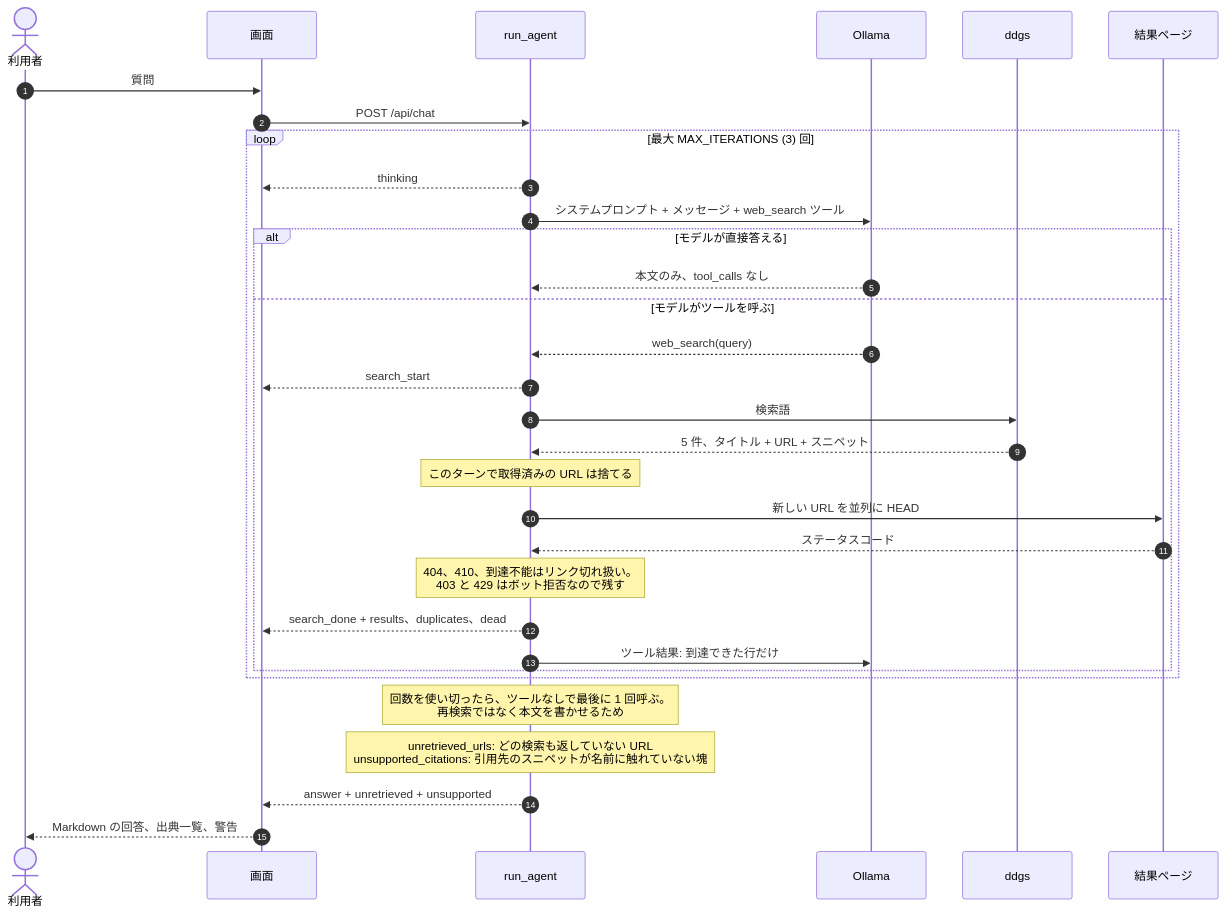
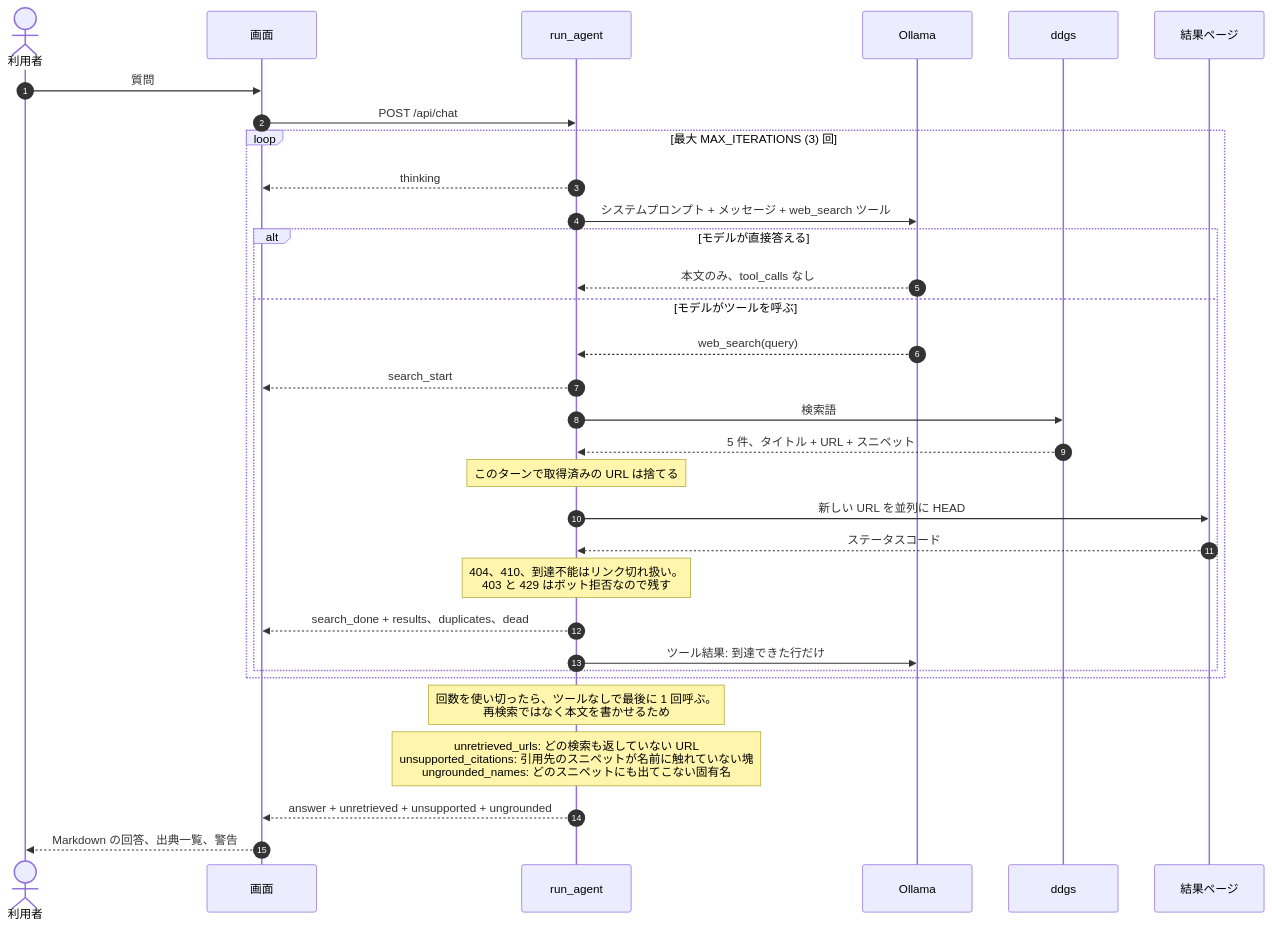
The fourth of 4 diagrams in ARCHITECTURE.md (leopaul29/local-ai-agent-search), drawn with Mermaid before and after one commit. The commit also changed other lines of this file and 4 other files, not shown here.

First line of the commit message:
feat: flag names in the answer that no snippet contains

````diff
--- a/ARCHITECTURE.md
+++ b/ARCHITECTURE.md
@@ -136,37 +136,37 @@
 ```mermaid
 sequenceDiagram
     autonumber
     actor U as 利用者
     participant P as 画面
     participant A as run_agent
     participant M as Ollama
     participant D as ddgs
     participant W as 結果ページ
 
     U->>P: 質問
     P->>A: POST /api/chat
 
     loop 最大 MAX_ITERATIONS (3) 回
         A-->>P: thinking
         A->>M: システムプロンプト + メッセージ + web_search ツール
         alt モデルが直接答える
             M-->>A: 本文のみ、tool_calls なし
         else モデルがツールを呼ぶ
             M-->>A: web_search(query)
             A-->>P: search_start
             A->>D: 検索語
             D-->>A: 5 件、タイトル + URL + スニペット
             Note over A: このターンで取得済みの URL は捨てる
             A->>W: 新しい URL を並列に HEAD
             W-->>A: ステータスコード
             Note over A: 404、410、到達不能はリンク切れ扱い。<br/>403 と 429 はボット拒否なので残す
             A-->>P: search_done + results、duplicates、dead
             A->>M: ツール結果: 到達できた行だけ
         end
     end
 
     Note over A: 回数を使い切ったら、ツールなしで最後に 1 回呼ぶ。<br/>再検索ではなく本文を書かせるため
-    Note over A: unretrieved_urls: どの検索も返していない URL<br/>unsupported_citations: 引用先のスニペットが名前に触れていない塊
-    A-->>P: answer + unretrieved + unsupported
+    Note over A: unretrieved_urls: どの検索も返していない URL<br/>unsupported_citations: 引用先のスニペットが名前に触れていない塊<br/>ungrounded_names: どのスニペットにも出てこない固有名
+    A-->>P: answer + unretrieved + unsupported + ungrounded
     P-->>U: Markdown の回答、出典一覧、警告
 ```
````
